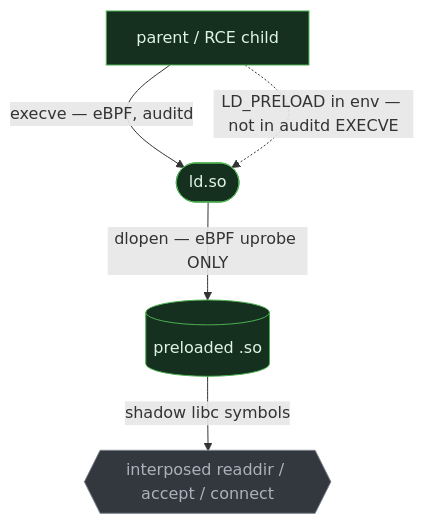
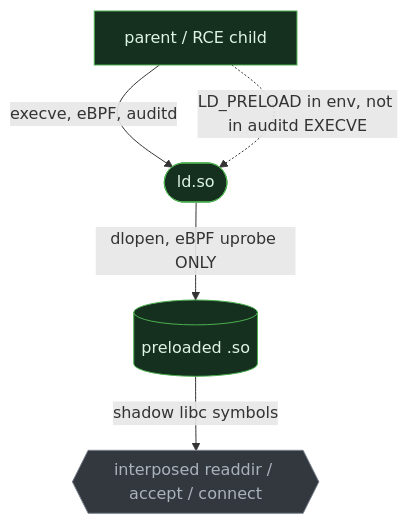
One commit to iimp0ster/os-internals-de-guide changed the third of 4 diagrams in src/execution/02-native-exec-loader.md. Above: the diagram before and after it, drawn with Mermaid. The commit also changed other lines of this file and 53 other files, not shown here.

````diff
--- a/src/execution/02-native-exec-loader.md
+++ b/src/execution/02-native-exec-loader.md
@@ -100,9 +92,9 @@
 ```mermaid
 flowchart TB
-    P["parent / RCE child"]:::seen -->|"execve — eBPF, auditd"| L(["ld.so"]):::seen
-    P -.->|"LD_PRELOAD in env — not in auditd EXECVE"| L
-    L -->|"dlopen — eBPF uprobe ONLY"| LIB[("preloaded .so")]:::seen
+    P["parent / RCE child"]:::seen -->|"execve, eBPF, auditd"| L(["ld.so"]):::seen
+    P -.->|"LD_PRELOAD in env, not in auditd EXECVE"| L
+    L -->|"dlopen, eBPF uprobe ONLY"| LIB[("preloaded .so")]:::seen
     LIB -->|"shadow libc symbols"| H{{"interposed readdir / accept / connect"}}:::blind
     classDef seen fill:#15301f,stroke:#4caf50,color:#dff5e4;
     classDef blind fill:#33383f,stroke:#7a828c,color:#aab2bc;
 ```
````
